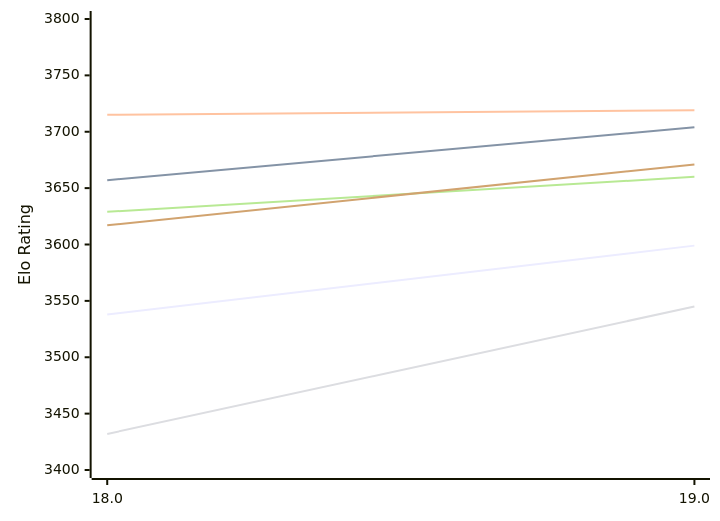
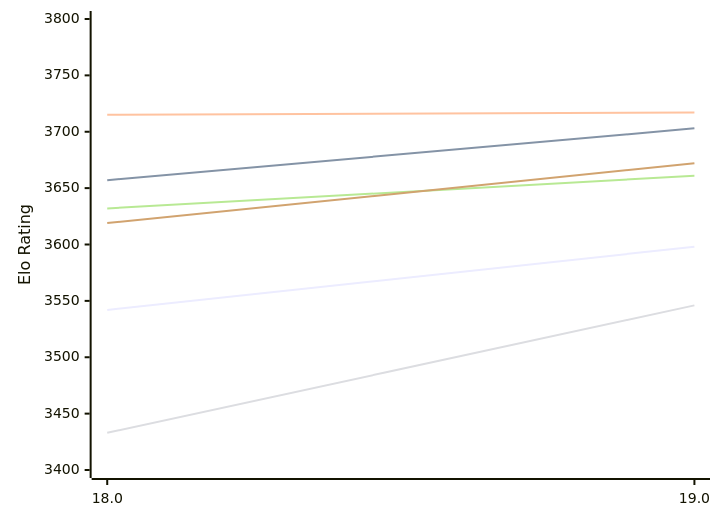
One commit to computer-chess-index/cci changed the first of 2 diagrams in engines/Stockfish.md. Above: the diagram before and after it, drawn with Mermaid. The commit also changed other lines of this file, not shown here.

Commit message:
Update CCI Ratings (ELO VLTC) - 2026-11-24

````diff
--- a/engines/Stockfish.md
+++ b/engines/Stockfish.md
@@ -64,12 +64,12 @@
 ```mermaid
 %%{init: {"theme":"base","themeVariables":{"seriesColors:['#a3a3a3','#222221','#faa371']}}}%%
 xychart-beta
   x-axis ["18.0", "19.0"]
   y-axis "Elo Rating" 3400 --> 3800
-  line "E1: STC (8.0+0.08s)" [3538, 3599]
-  line "E1: LTC (60.0+0.60s)" [3657, 3704]
-  line "E1: VLTC (2m24s+1.12s)" [3715, 3719]
-  line "P1: STC (8.0+0.08s)" [3432, 3545]
-  line "P1: LTC (60.0+0.60s)" [3629, 3660]
-  line "P1: VLTC (2m24s+1.12s)" [3617, 3671]
+  line "E1: STC (8.0+0.08s)" [3542, 3598]
+  line "E1: LTC (60.0+0.60s)" [3657, 3703]
+  line "E1: VLTC (2m24s+1.12s)" [3715, 3717]
+  line "P1: STC (8.0+0.08s)" [3433, 3546]
+  line "P1: LTC (60.0+0.60s)" [3632, 3661]
+  line "P1: VLTC (2m24s+1.12s)" [3619, 3672]
 ```
````
